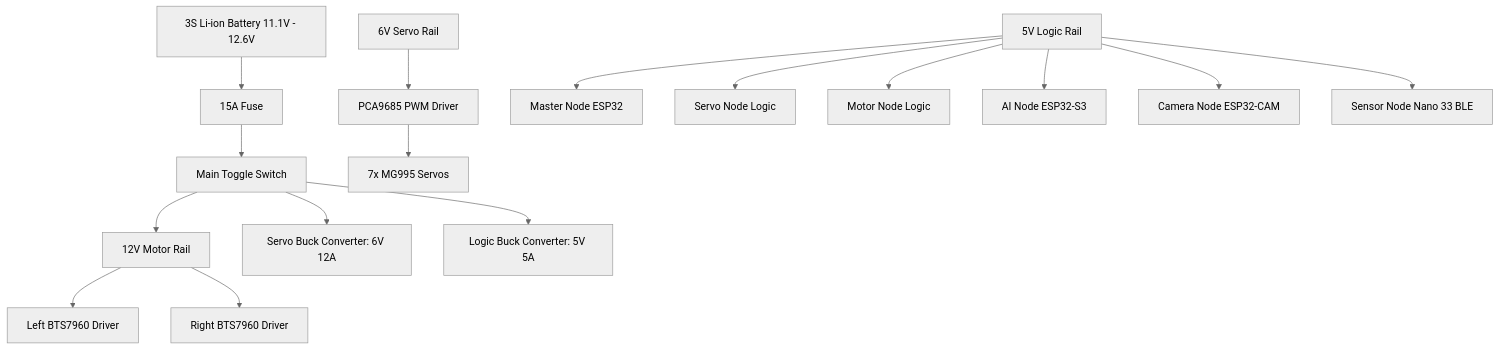
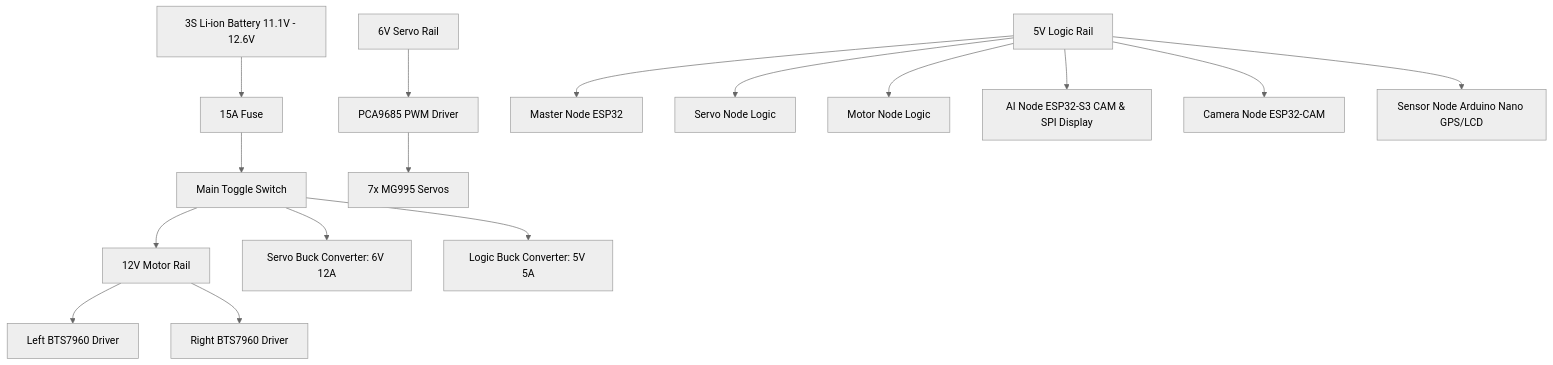
Before and after one commit to sakxam-xeetri/prayas: the diagram in main_site/docs/02_System_Architecture/Power_Distribution.md, drawn with Mermaid (neutral theme). The commit also changed 130 other files, not shown here.

````diff
--- a/main_site/docs/02_System_Architecture/Power_Distribution.md
+++ b/main_site/docs/02_System_Architecture/Power_Distribution.md
@@ -8,22 +8,22 @@
 ```mermaid
 graph TD
     Battery[3S Li-ion Battery 11.1V - 12.6V] --> MasterFuse[15A Fuse]
     MasterFuse --> Switch[Main Toggle Switch]
     
     Switch --> MotorRail[12V Motor Rail]
     Switch --> BuckServo[Servo Buck Converter: 6V 12A]
     Switch --> BuckLogic[Logic Buck Converter: 5V 5A]
     
     MotorRail --> DriverL[Left BTS7960 Driver]
     MotorRail --> DriverR[Right BTS7960 Driver]
     
     ServoRail[6V Servo Rail] --> PCA[PCA9685 PWM Driver]
     PCA --> Servos[7x MG995 Servos]
     
     LogicRail[5V Logic Rail] --> Master[Master Node ESP32]
     LogicRail --> ServoLogic[Servo Node Logic]
     LogicRail --> MotorLogic[Motor Node Logic]
-    LogicRail --> AIS3[AI Node ESP32-S3]
+    LogicRail --> AIS3[AI Node ESP32-S3 CAM & SPI Display]
     LogicRail --> CAM[Camera Node ESP32-CAM]
-    LogicRail --> Sensor[Sensor Node Nano 33 BLE]
+    LogicRail --> Sensor[Sensor Node Arduino Nano GPS/LCD]
 ```
````
